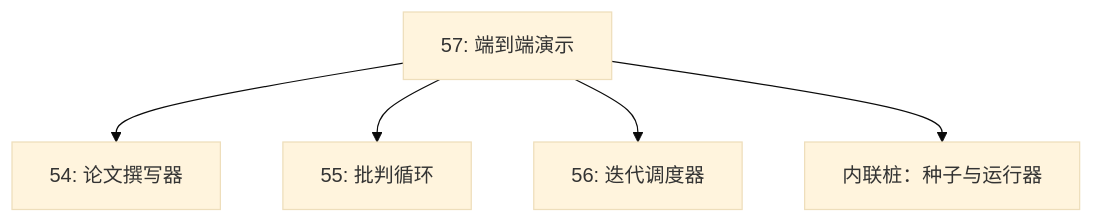
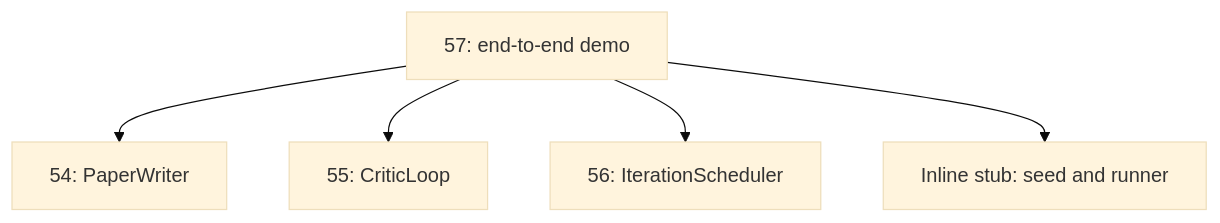
Before and after one commit to xiaojiaenen/ai-engineering-from-scratch-zh: the second of 3 diagrams in i18n/zh/phases/19-capstone-projects/57-end-to-end-research-demo/docs/zh.md, drawn with Mermaid (base theme). The commit also changed other lines of this file and 85 other files, not shown here.

````diff
--- a/i18n/zh/phases/19-capstone-projects/57-end-to-end-research-demo/docs/zh.md
+++ b/i18n/zh/phases/19-capstone-projects/57-end-to-end-research-demo/docs/zh.md
@@ -44,7 +43,7 @@
 ```mermaid
 flowchart TB
-    Demo[57: 端到端演示] --> A[54: 论文撰写器]
-    Demo --> B[55: 批判循环]
-    Demo --> C[56: 迭代调度器]
-    Demo --> Inline[内联桩：种子与运行器]
+    Demo[57: end-to-end demo] --> A[54: PaperWriter]
+    Demo --> B[55: CriticLoop]
+    Demo --> C[56: IterationScheduler]
+    Demo --> Inline[Inline stub: seed and runner]
 ```
````
